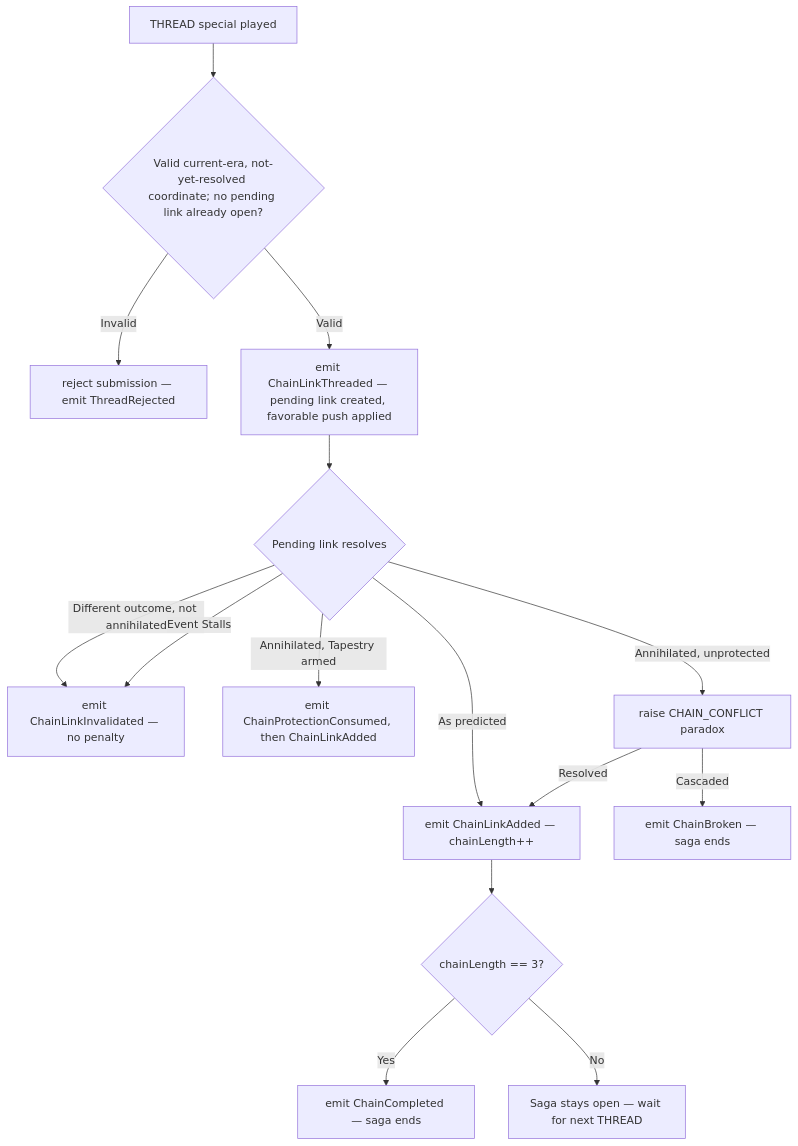
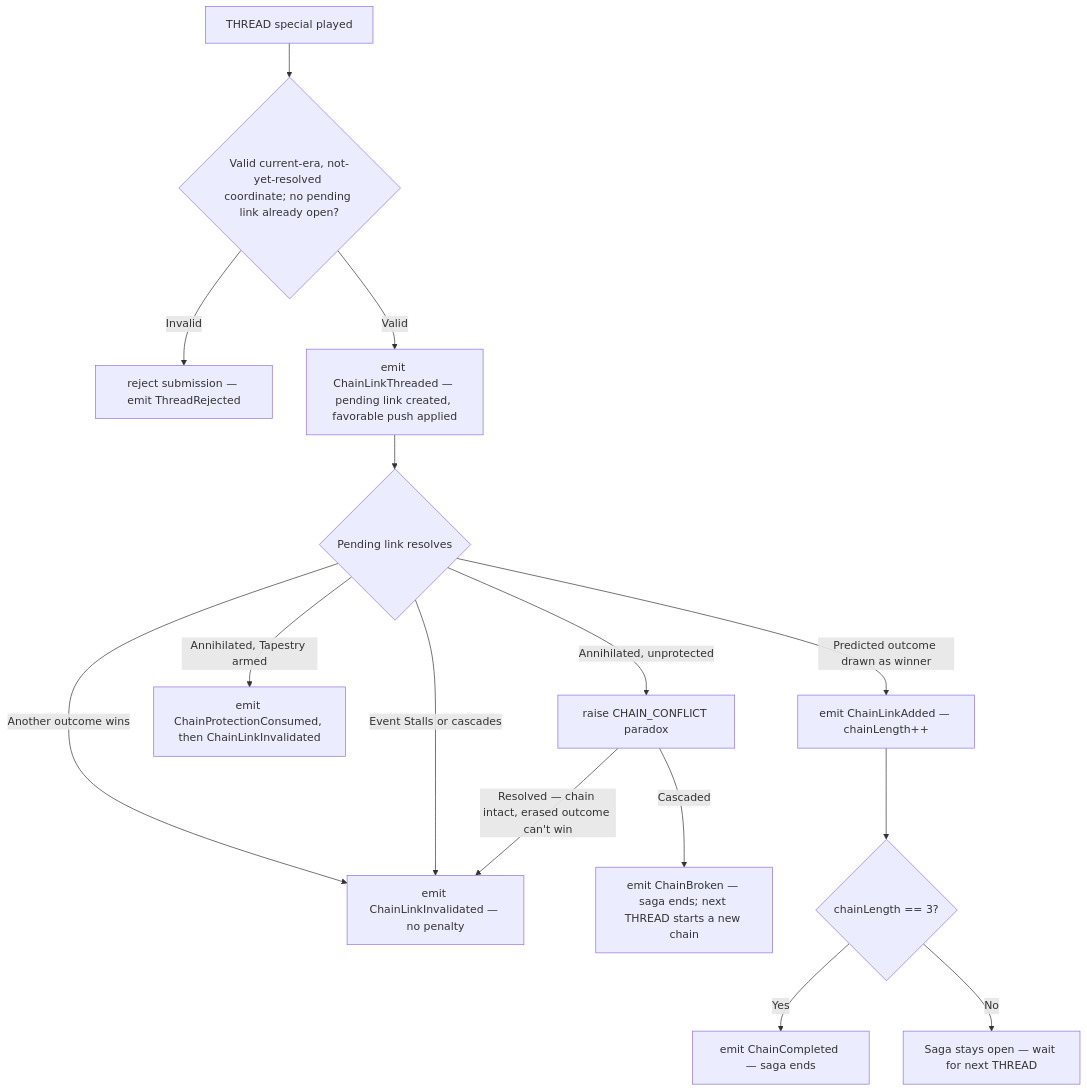
Before and after one commit to temporal-rift/docs: the first of 2 diagrams in sagas/special.mdx, drawn with Mermaid. The commit also changed other lines of this file and 3 other files, not shown here.

Commit message:
docs(weaver): only the drawn winner confirms a chain link

````diff
--- a/sagas/special.mdx
+++ b/sagas/special.mdx
@@ -18,17 +18,17 @@
 ```mermaid
 flowchart TD
   A[THREAD special played] --> B{Valid current-era, not-yet-resolved coordinate; no pending link already open?}
   B -->|Invalid| C[reject submission — emit ThreadRejected]
   B -->|Valid| D[emit ChainLinkThreaded — pending link created, favorable push applied]
   D --> E{Pending link resolves}
-  E -->|As predicted| F[emit ChainLinkAdded — chainLength++]
-  E -->|Different outcome, not annihilated| G[emit ChainLinkInvalidated — no penalty]
-  E -->|Event Stalls| G
-  E -->|Annihilated, Tapestry armed| H[emit ChainProtectionConsumed, then ChainLinkAdded]
+  E -->|Predicted outcome drawn as winner| F[emit ChainLinkAdded — chainLength++]
+  E -->|Another outcome wins| G[emit ChainLinkInvalidated — no penalty]
+  E -->|Event Stalls or cascades| G
+  E -->|Annihilated, Tapestry armed| H[emit ChainProtectionConsumed, then ChainLinkInvalidated]
   E -->|Annihilated, unprotected| I[raise CHAIN_CONFLICT paradox]
-  I -->|Resolved| F
-  I -->|Cascaded| J[emit ChainBroken — saga ends]
+  I -->|Resolved — chain intact, erased outcome can't win| G
+  I -->|Cascaded| J[emit ChainBroken — saga ends; next THREAD starts a new chain]
   F --> K{chainLength == 3?}
   K -->|Yes| L[emit ChainCompleted — saga ends]
   K -->|No| M[Saga stays open — wait for next THREAD]
 ```
````
